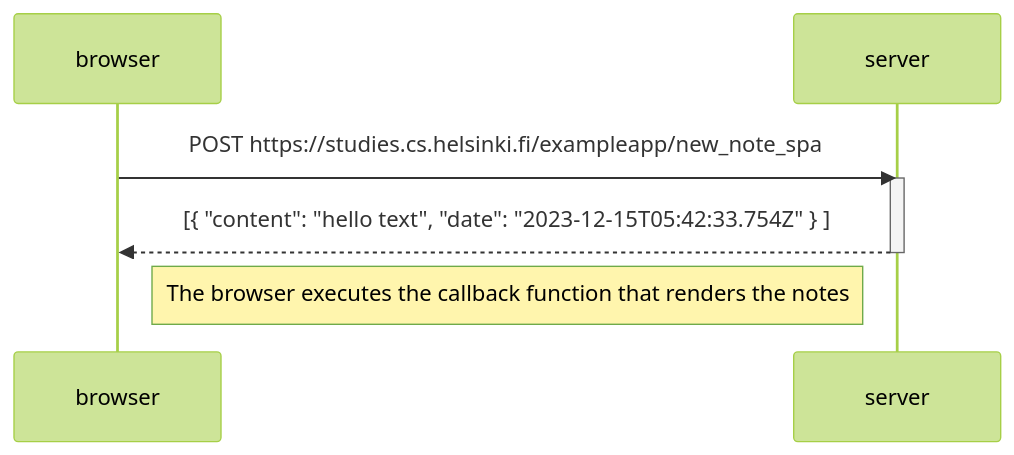
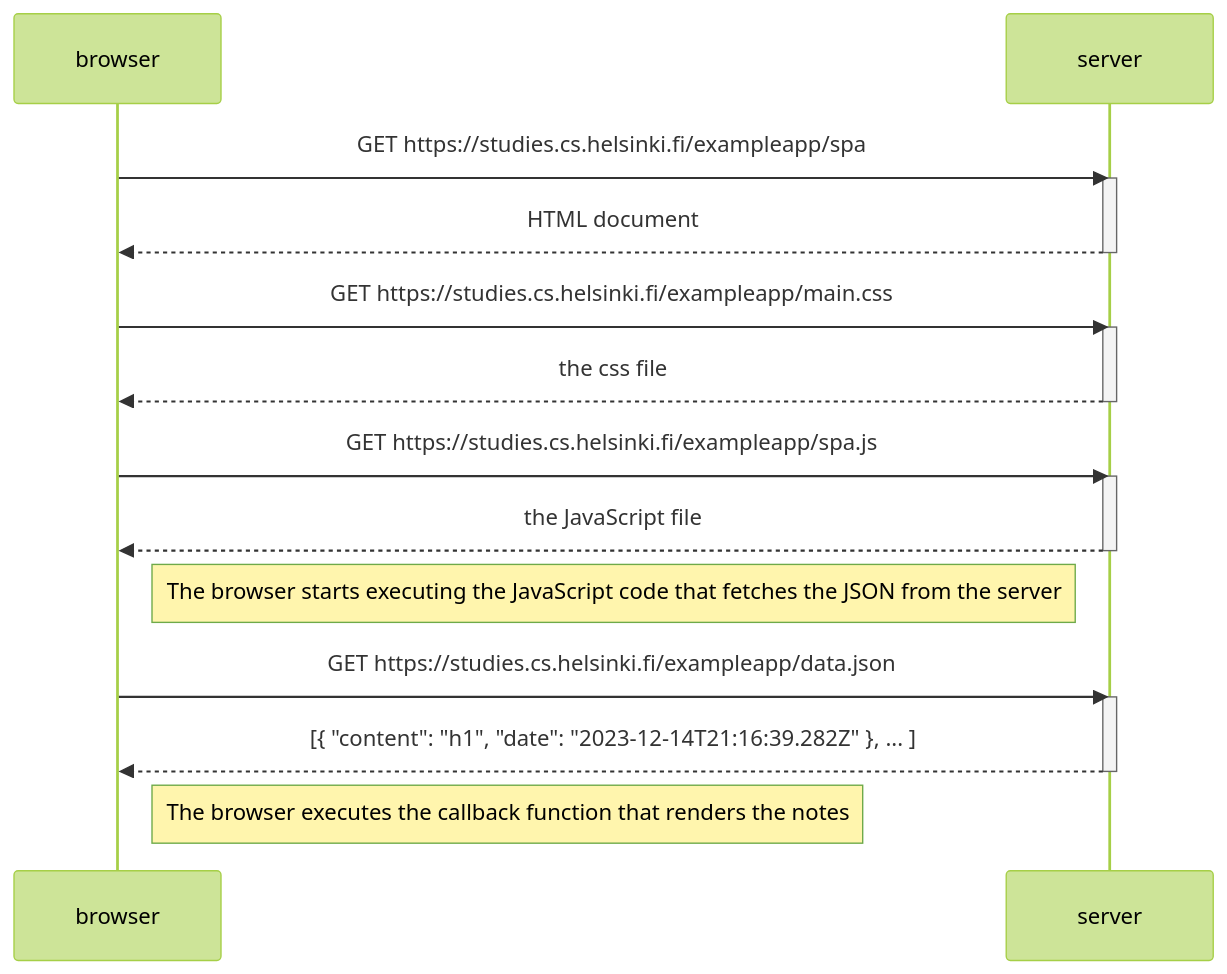
Before and after one commit to AnoopLamba/fullstackopen: the diagram in part0/single-page-app-diagram/README.md, drawn with Mermaid (forest theme). The commit also changed 1 other file, not shown here.

Commit message:
added exercise 0.6

````diff
--- a/part0/single-page-app-diagram/README.md
+++ b/part0/single-page-app-diagram/README.md
@@ -1,12 +1,29 @@
 ```mermaid
 sequenceDiagram
     participant browser
     participant server
 
-    browser->>server: POST https://studies.cs.helsinki.fi/exampleapp/new_note_spa
+    browser->>server: GET https://studies.cs.helsinki.fi/exampleapp/spa
     activate server
-    server-->>browser: [{ "content": "hello text", "date": "2023-12-15T05:42:33.754Z" } ]
+    server-->>browser: HTML document
+    deactivate server
+
+    browser->>server: GET https://studies.cs.helsinki.fi/exampleapp/main.css
+    activate server
+    server-->>browser: the css file
+    deactivate server
+
+    browser->>server: GET https://studies.cs.helsinki.fi/exampleapp/spa.js
+    activate server
+    server-->>browser: the JavaScript file
+    deactivate server
+
+    Note right of browser: The browser starts executing the JavaScript code that fetches the JSON from the server
+
+    browser->>server: GET https://studies.cs.helsinki.fi/exampleapp/data.json
+    activate server
+    server-->>browser: [{ "content": "h1", "date": "2023-12-14T21:16:39.282Z" }, ... ]
     deactivate server
 
     Note right of browser: The browser executes the callback function that renders the notes
 ```
````
